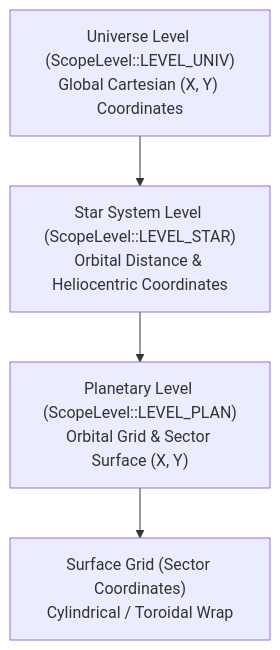
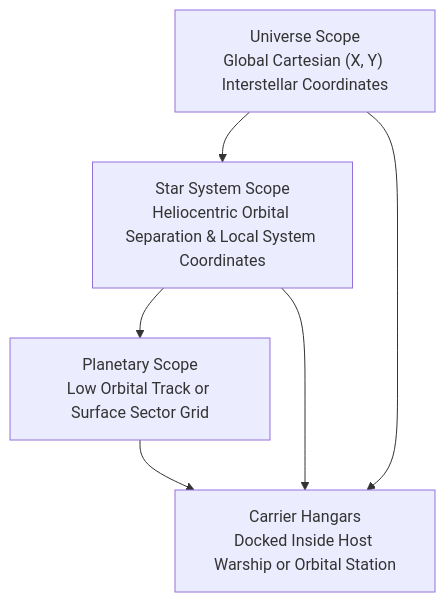
One commit to kaladron/galactic-bloodshed changed the second of 3 diagrams in docs/stars.md. Above: the diagram before and after it, drawn with Mermaid. The commit also changed other lines of this file and 8 other files, not shown here.

First line of the commit message:
docs: modernize domain guides to user-focused style with LaTeX and Mermaid

````diff
--- a/docs/stars.md
+++ b/docs/stars.md
@@ -42,6 +23,8 @@
 ```mermaid
 flowchart TD
-    Univ["Universe Level (ScopeLevel::LEVEL_UNIV)\nGlobal Cartesian (X, Y) Coordinates"] --> Star["Star System Level (ScopeLevel::LEVEL_STAR)\nOrbital Distance & Heliocentric Coordinates"]
-    Star --> Plan["Planetary Level (ScopeLevel::LEVEL_PLAN)\nOrbital Grid & Sector Surface (X, Y)"]
-    Plan --> Sect["Surface Grid (Sector Coordinates)\nCylindrical / Toroidal Wrap"]
+    Univ["Universe Scope\nGlobal Cartesian (X, Y) Interstellar Coordinates"] --> Star["Star System Scope\nHeliocentric Orbital Separation & Local System Coordinates"]
+    Star --> Plan["Planetary Scope\nLow Orbital Track or Surface Sector Grid"]
+    Plan --> Carrier["Carrier Hangars\nDocked Inside Host Warship or Orbital Station"]
+    Star --> Carrier
+    Univ --> Carrier
 ```
````
